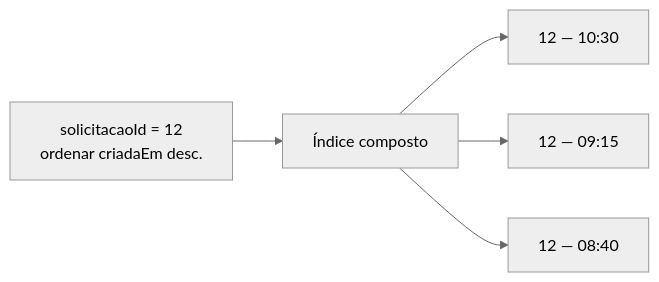
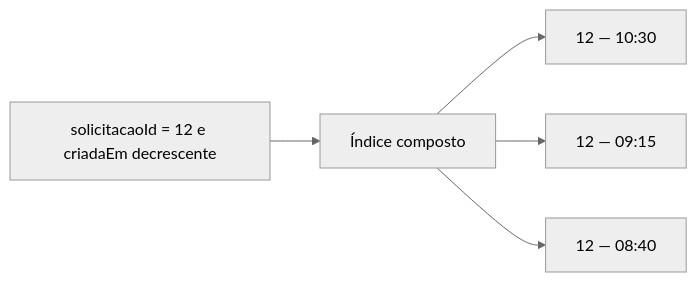
One commit to luciano-alexandre/sistemas-corporativos changed the sixth of 12 diagrams in docs/encontros/encontro-17.md. Above: the diagram before and after it, drawn with Mermaid (neutral theme). The commit also changed other lines of this file, not shown here.

````diff
--- a/docs/encontros/encontro-17.md
+++ b/docs/encontros/encontro-17.md
@@ -473,7 +473,7 @@
 ```mermaid
 flowchart LR
-    Q["solicitacaoId = 12<br/>ordenar criadaEm desc."] --> I["Índice composto"]
+    Q["solicitacaoId = 12 e criadaEm decrescente"] --> I["Índice composto"]
     I --> A["12 — 10:30"]
     I --> B["12 — 09:15"]
     I --> C["12 — 08:40"]
 ```
````
